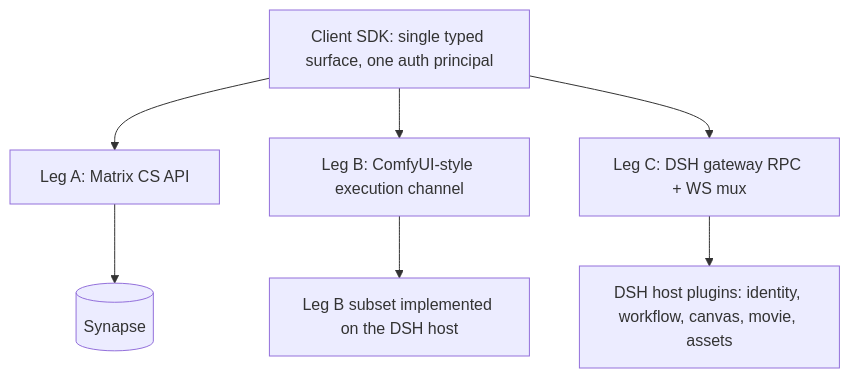
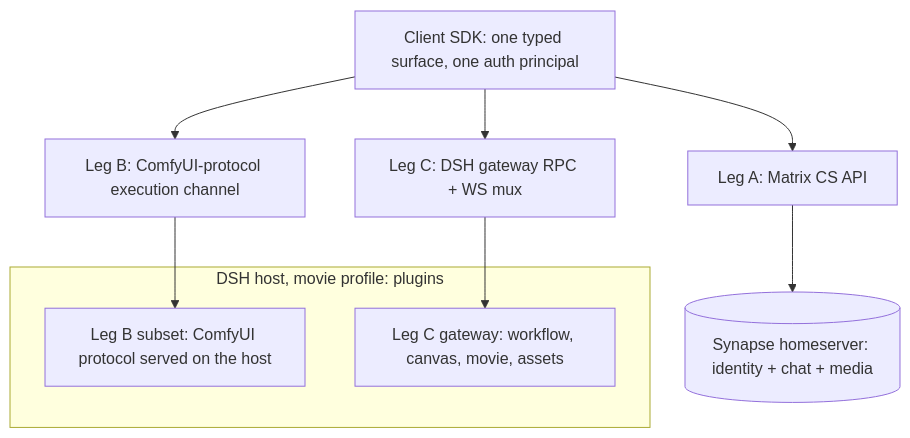
One commit to kandeng/dsh_movie changed the second of 3 diagrams in doc/architecture.md. Above: the diagram before and after it, drawn with Mermaid. The commit also changed other lines of this file, not shown here.

Commit message:
docs(architecture): clarify §2.5 two-step access control, rewrite §4 canvas rationale, remove §9/§10

````diff
--- a/doc/architecture.md
+++ b/doc/architecture.md
@@ -86,9 +105,13 @@
 ```mermaid
 graph TB
-    SDK[Client SDK: single typed surface, one auth principal] --> A[Leg A: Matrix CS API]
-    SDK --> B[Leg B: ComfyUI-style execution channel]
+    SDK[Client SDK: one typed surface, one auth principal] --> A[Leg A: Matrix CS API]
+    SDK --> B[Leg B: ComfyUI-protocol execution channel]
     SDK --> C[Leg C: DSH gateway RPC + WS mux]
-    A --> SY[(Synapse)]
-    B --> EX[Leg B subset implemented on the DSH host]
-    C --> DSH[DSH host plugins: identity, workflow, canvas, movie, assets]
+    A --> SY[(Synapse homeserver: identity + chat + media)]
+    subgraph HOST[DSH host, movie profile: plugins]
+        EX[Leg B subset: ComfyUI protocol served on the host]
+        GW[Leg C gateway: workflow, canvas, movie, assets]
+    end
+    B --> EX
+    C --> GW
 ```
````
